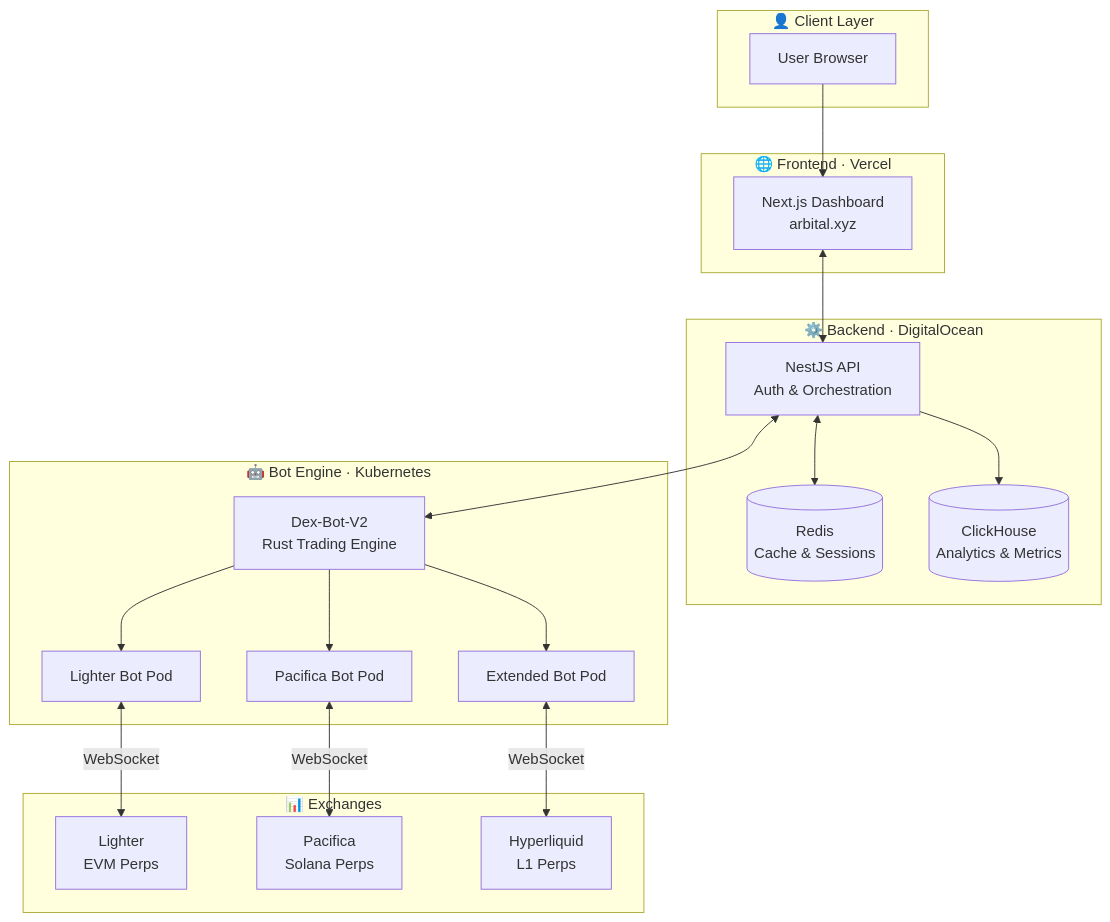
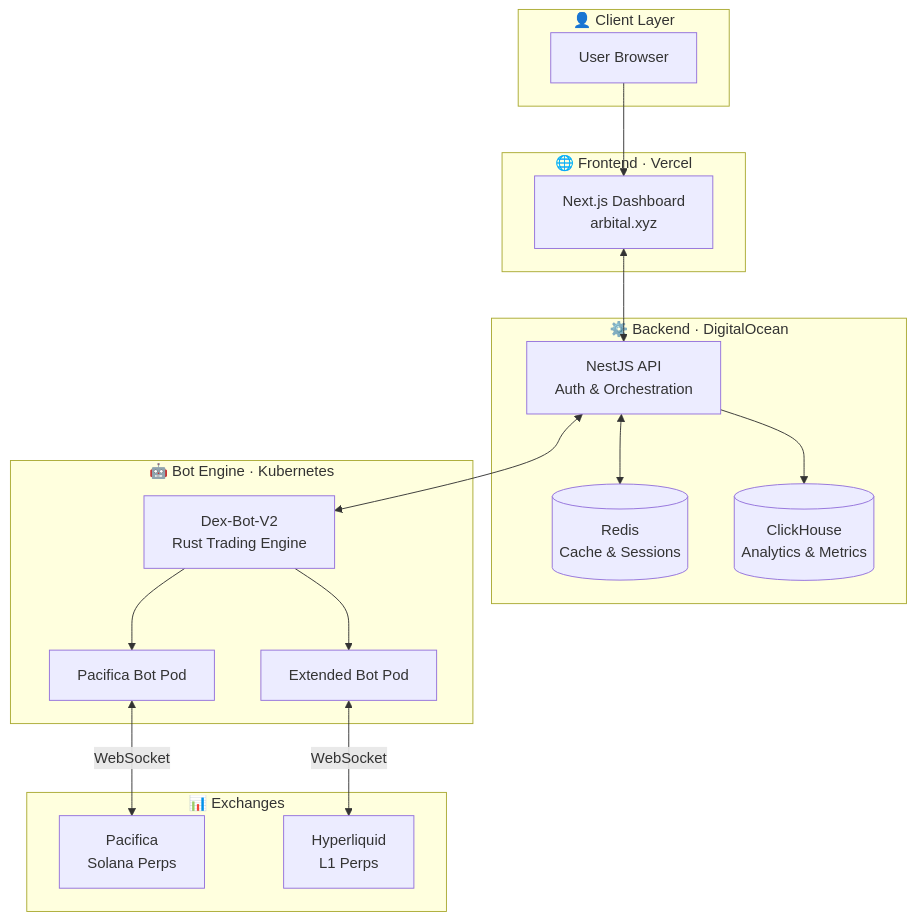
Before and after one commit to VOT-Labs/arbital-docs: the fourth of 5 diagrams in overview/how-it-works.md, drawn with Mermaid. The commit also changed 15 other files, not shown here.

````diff
--- a/overview/how-it-works.md
+++ b/overview/how-it-works.md
@@ -126,39 +126,36 @@
 ```mermaid
 flowchart TB
     subgraph Client["👤 Client Layer"]
         U[User Browser]
     end
 
     subgraph Frontend["🌐 Frontend · Vercel"]
         FE[Next.js Dashboard<br/>arbital.xyz]
     end
 
     subgraph Backend["⚙️ Backend · DigitalOcean"]
         API[NestJS API<br/>Auth & Orchestration]
         REDIS[(Redis<br/>Cache & Sessions)]
         CH[(ClickHouse<br/>Analytics & Metrics)]
     end
 
     subgraph BotEngine["🤖 Bot Engine · Kubernetes"]
         BOT[Dex-Bot-V2<br/>Rust Trading Engine]
-        B1[Lighter Bot Pod]
         B2[Pacifica Bot Pod]
         B3[Extended Bot Pod]
     end
 
     subgraph DEX["📊 Exchanges"]
-        E1[Lighter<br/>EVM Perps]
         E2[Pacifica<br/>Solana Perps]
         E3[Hyperliquid<br/>L1 Perps]
     end
 
     U --> FE
     FE <--> API
     API <--> REDIS
     API --> CH
     API <--> BOT
-    BOT --> B1 & B2 & B3
-    B1 <-->|WebSocket| E1
+    BOT --> B2 & B3
     B2 <-->|WebSocket| E2
     B3 <-->|WebSocket| E3
 ```
````
